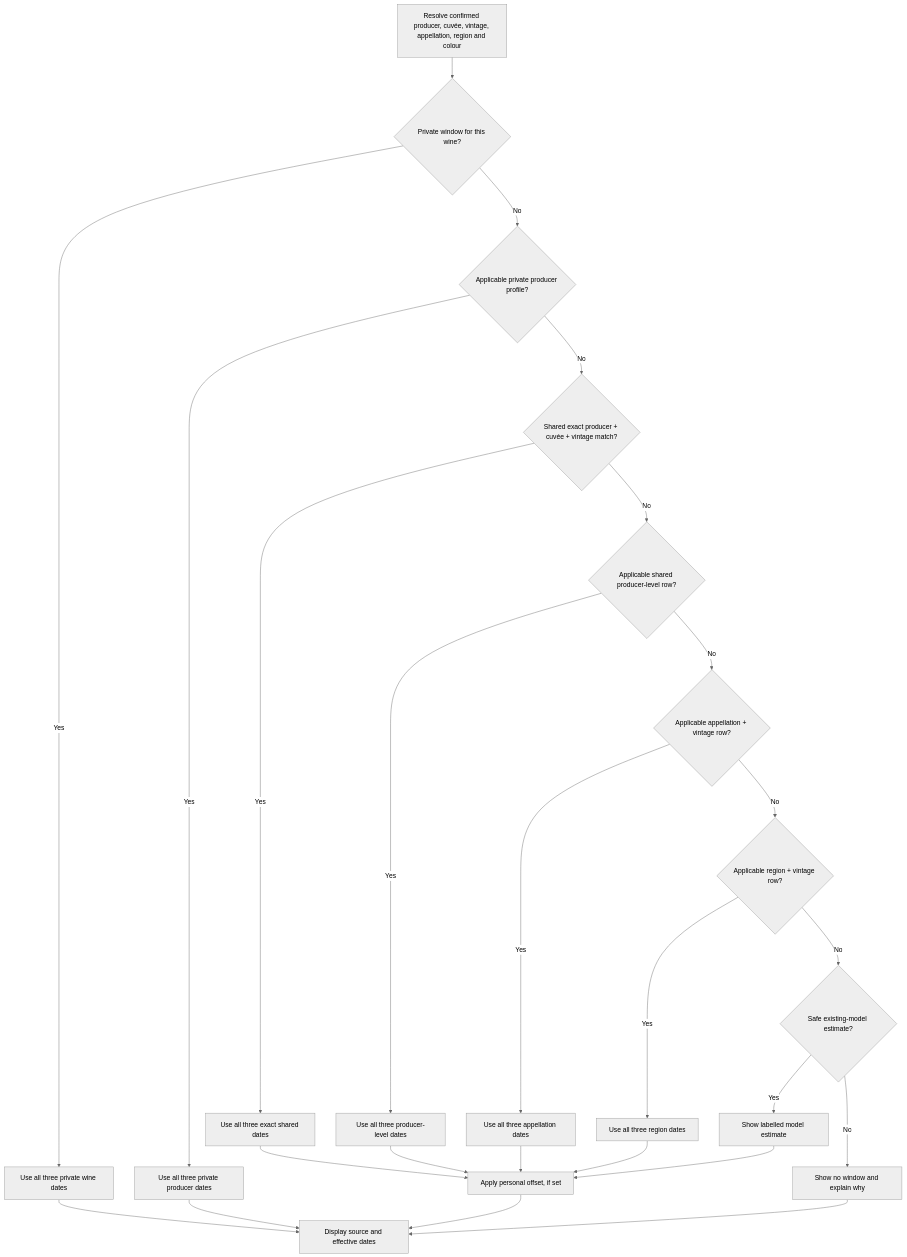
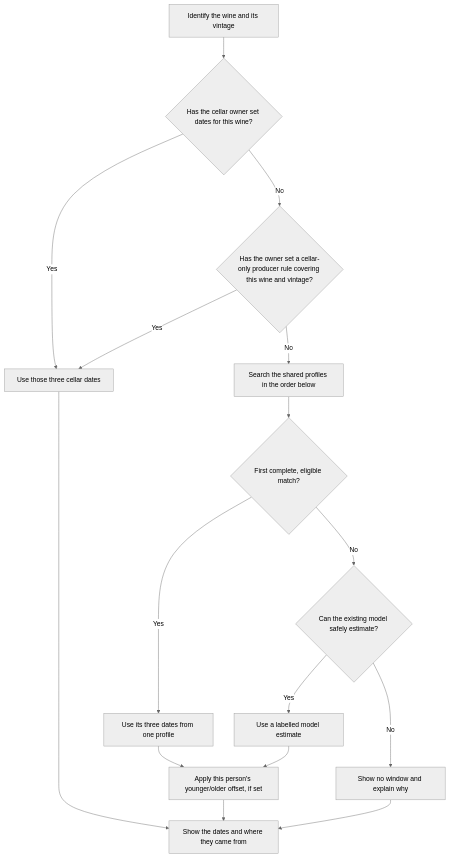
The first of 3 diagrams in docs/drinking-window-product-contract.md (alexv3429/cellarmanager), drawn with Mermaid (neutral theme) before and after one commit. The commit also changed other lines of this file and 1 other file, not shown here.

Commit message:
Clarify drinking-window flow and six-PR cap

````diff
--- a/docs/drinking-window-product-contract.md
+++ b/docs/drinking-window-product-contract.md
@@ -27,28 +27,18 @@
 ```mermaid
 flowchart TD
-    A["Resolve confirmed producer, cuvée, vintage, appellation, region and colour"]
-    A --> B{"Private window for this wine?"}
-    B -- Yes --> BW["Use all three private wine dates"]
-    B -- No --> C{"Applicable private producer profile?"}
-    C -- Yes --> CW["Use all three private producer dates"]
-    C -- No --> D{"Shared exact producer + cuvée + vintage match?"}
-    D -- Yes --> DW["Use all three exact shared dates"]
-    D -- No --> E{"Applicable shared producer-level row?"}
-    E -- Yes --> EW["Use all three producer-level dates"]
-    E -- No --> F{"Applicable appellation + vintage row?"}
-    F -- Yes --> FW["Use all three appellation dates"]
-    F -- No --> G{"Applicable region + vintage row?"}
-    G -- Yes --> GW["Use all three region dates"]
-    G -- No --> H{"Safe existing-model estimate?"}
-    H -- Yes --> HW["Show labelled model estimate"]
-    H -- No --> N["Show no window and explain why"]
-    DW --> P["Apply personal offset, if set"]
-    EW --> P
-    FW --> P
-    GW --> P
-    HW --> P
-    BW --> S["Display source and effective dates"]
-    CW --> S
-    P --> S
-    N --> S
+    I["Identify the wine and its vintage"] --> W{"Has the cellar owner set dates for this wine?"}
+    W -- Yes --> O["Use those three cellar dates"]
+    W -- No --> P{"Has the owner set a cellar-only producer rule covering this wine and vintage?"}
+    P -- Yes --> O
+    P -- No --> R["Search the shared profiles in the order below"]
+    R --> F{"First complete, eligible match?"}
+    F -- Yes --> S["Use its three dates from one profile"]
+    F -- No --> N{"Can the existing model safely estimate?"}
+    N -- Yes --> M["Use a labelled model estimate"]
+    N -- No --> Z["Show no window and explain why"]
+    S --> A["Apply this person's younger/older offset, if set"]
+    M --> A
+    A --> D["Show the dates and where they came from"]
+    O --> D
+    Z --> D
 ```
````
